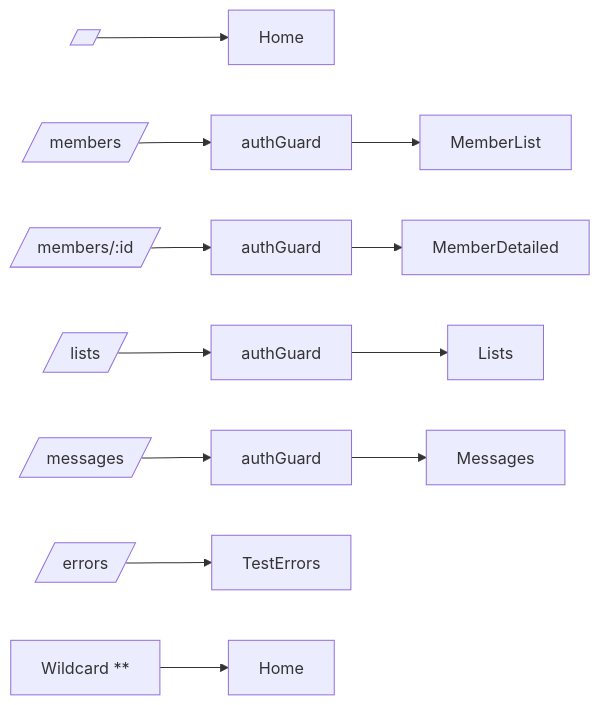
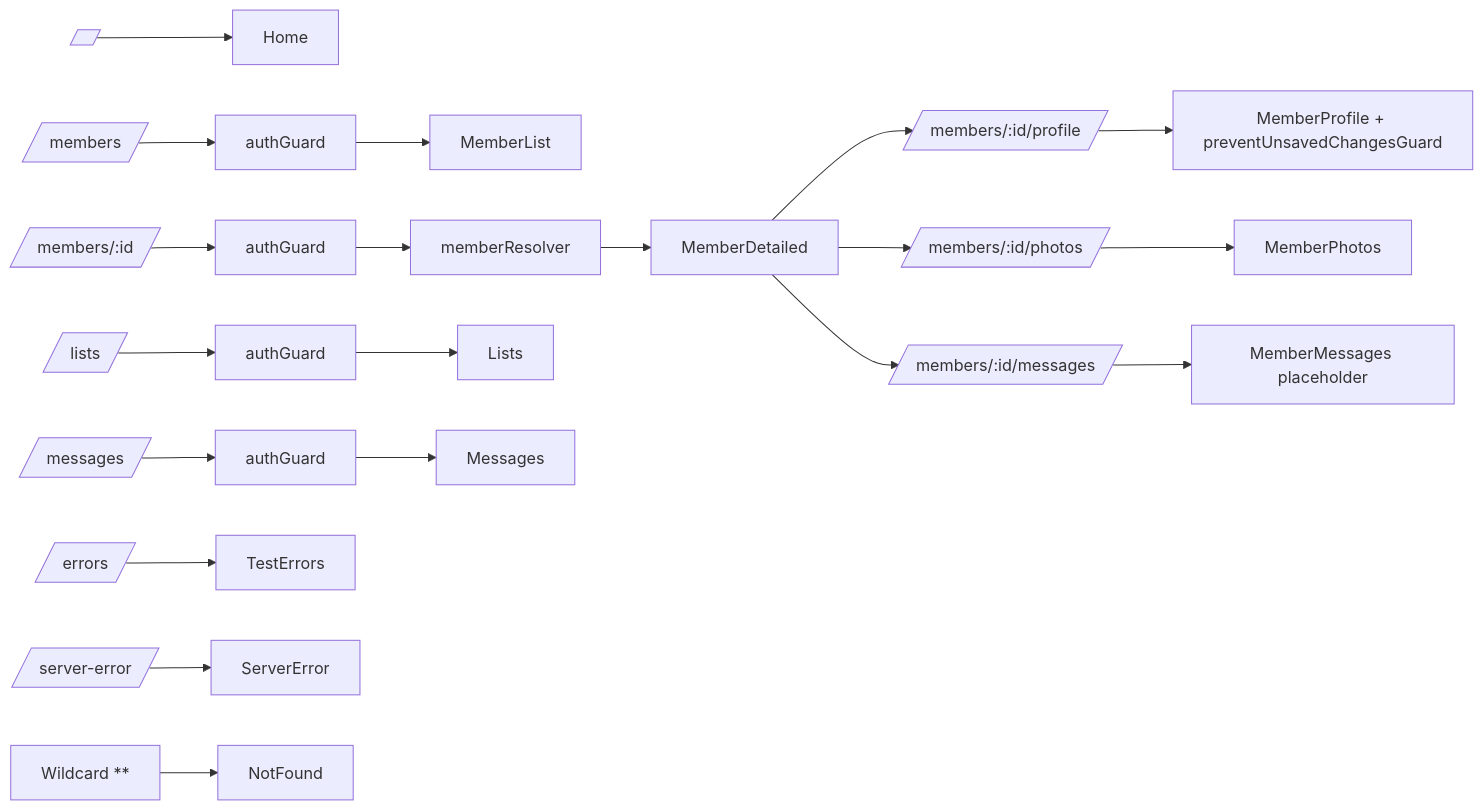
One commit to stevhook/dating-app changed the fourth of 8 diagrams in docs/code-interactions.md. Above: the diagram before and after it, drawn with Mermaid. The commit also changed other lines of this file and 1 other file, not shown here.

````diff
--- a/docs/code-interactions.md
+++ b/docs/code-interactions.md
@@ -113,10 +128,14 @@
 ```mermaid
 flowchart LR
     R0[/ /] --> C0[Home]
     R1[/members/] --> G1[authGuard] --> C1[MemberList]
-    R2[/members/:id/] --> G2[authGuard] --> C2[MemberDetailed]
+    R2[/members/:id/] --> G2[authGuard] --> RS[memberResolver] --> C2[MemberDetailed]
+    C2 --> T0[/members/:id/profile/] --> C20[MemberProfile + preventUnsavedChangesGuard]
+    C2 --> T1[/members/:id/photos/] --> C21[MemberPhotos]
+    C2 --> T2[/members/:id/messages/] --> C22[MemberMessages placeholder]
     R3[/lists/] --> G3[authGuard] --> C3[Lists]
     R4[/messages/] --> G4[authGuard] --> C4[Messages]
     R5[/errors/] --> C5[TestErrors]
-  R6[Wildcard **] --> C6[Home]
+    R6[/server-error/] --> C6[ServerError]
+    R7[Wildcard **] --> C7[NotFound]
 ```
````
